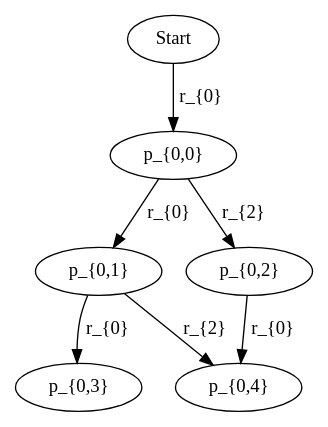
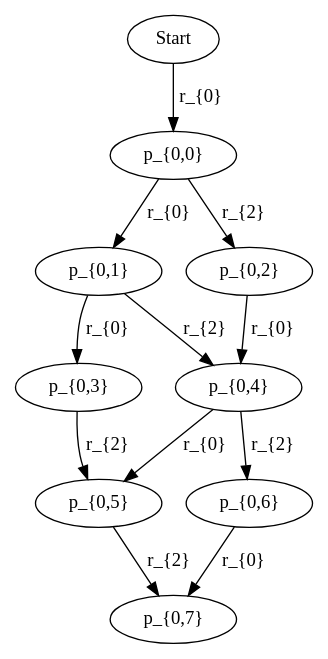
One commit to lazh01/Kemoinformatik changed the diagram in catalan/out/032_dg_0_10100.dot. Above: the diagram before and after it, drawn with Graphviz. The commit also changed 112 other files, not shown here.

```diff
--- a/catalan/out/032_dg_0_10100.dot
+++ b/catalan/out/032_dg_0_10100.dot
@@ -1,27 +1,43 @@
 digraph g {
 
 // id = 0, graphName = Start
 "0-0" [ shape=ellipse label="Start" ];
 // id = 1, graphName = p_{0,0}
 "1-0" [ shape=ellipse label="p_{0,0}" ];
 // id = 3, graphName = p_{0,1}
 "3-0" [ shape=ellipse label="p_{0,1}" ];
 // id = 5, graphName = p_{0,2}
 "5-0" [ shape=ellipse label="p_{0,2}" ];
 // id = 7, graphName = p_{0,3}
 "7-0" [ shape=ellipse label="p_{0,3}" ];
 // id = 9, graphName = p_{0,4}
 "9-0" [ shape=ellipse label="p_{0,4}" ];
+// id = 12, graphName = p_{0,5}
+"12-0" [ shape=ellipse label="p_{0,5}" ];
+// id = 15, graphName = p_{0,6}
+"15-0" [ shape=ellipse label="p_{0,6}" ];
+// id = 17, graphName = p_{0,7}
+"17-0" [ shape=ellipse label="p_{0,7}" ];
 // id = 2{ 'Start' }, 'Mark for conversion', { 'p_{0,0}' }
 "0-0" -> "1-0" [ label="r_{0}" ];
 // id = 4{ 'p_{0,0}' }, 'Mark for conversion', { 'p_{0,1}' }
 "1-0" -> "3-0" [ label="r_{0}" ];
 // id = 6{ 'p_{0,0}' }, 'reattachExternalEdge', { 'p_{0,2}' }
 "1-0" -> "5-0" [ label="r_{2}" ];
 // id = 8{ 'p_{0,1}' }, 'Mark for conversion', { 'p_{0,3}' }
 "3-0" -> "7-0" [ label="r_{0}" ];
 // id = 10{ 'p_{0,2}' }, 'Mark for conversion', { 'p_{0,4}' }
 "5-0" -> "9-0" [ label="r_{0}" ];
 // id = 11{ 'p_{0,1}' }, 'reattachExternalEdge', { 'p_{0,4}' }
 "3-0" -> "9-0" [ label="r_{2}" ];
+// id = 13{ 'p_{0,4}' }, 'Mark for conversion', { 'p_{0,5}' }
+"9-0" -> "12-0" [ label="r_{0}" ];
+// id = 14{ 'p_{0,3}' }, 'reattachExternalEdge', { 'p_{0,5}' }
+"7-0" -> "12-0" [ label="r_{2}" ];
+// id = 16{ 'p_{0,4}' }, 'reattachExternalEdge', { 'p_{0,6}' }
+"9-0" -> "15-0" [ label="r_{2}" ];
+// id = 18{ 'p_{0,6}' }, 'Mark for conversion', { 'p_{0,7}' }
+"15-0" -> "17-0" [ label="r_{0}" ];
+// id = 19{ 'p_{0,5}' }, 'reattachExternalEdge', { 'p_{0,7}' }
+"12-0" -> "17-0" [ label="r_{2}" ];
 }
```
